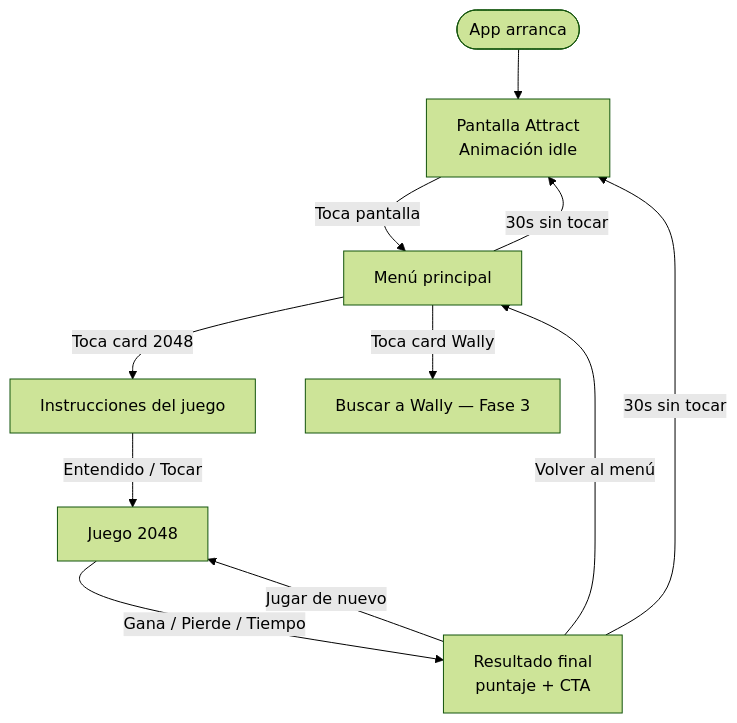
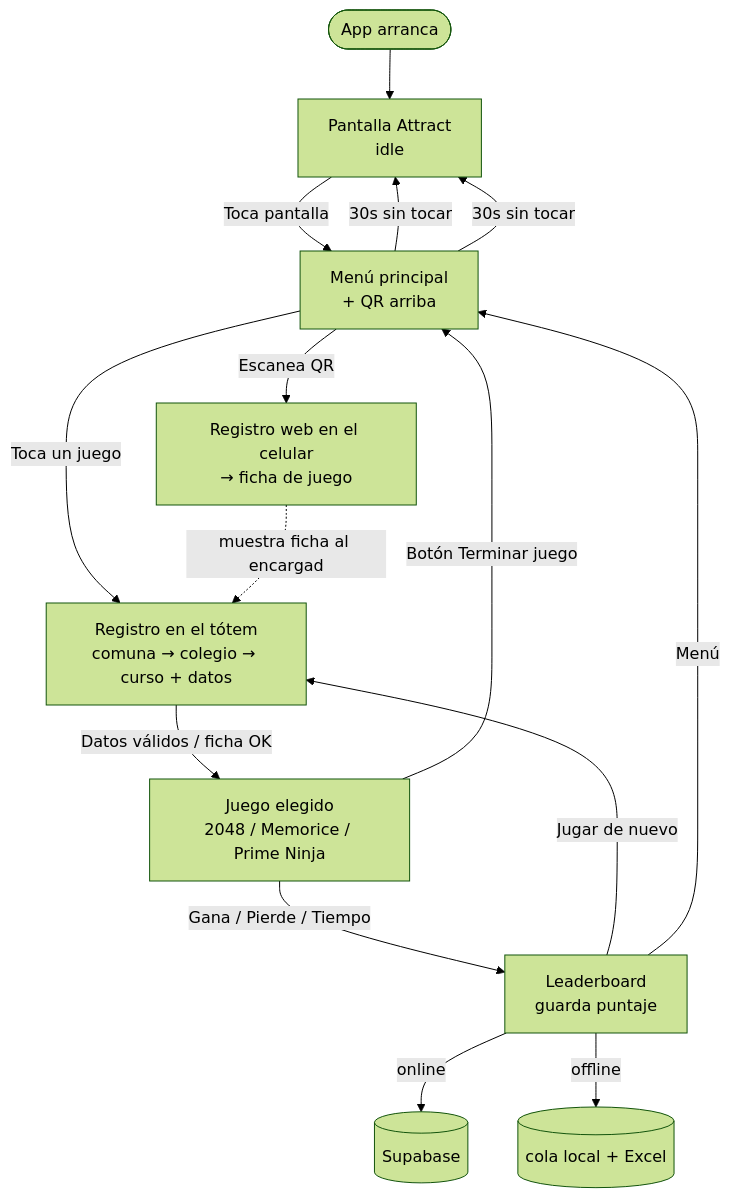
One commit to craulii/totem-usm-admision changed the second of 3 diagrams in GAMEFLOW.md. Above: the diagram before and after it, drawn with Mermaid (forest theme). The commit also changed other lines of this file and 18 other files, not shown here.

First line of the commit message:
docs: realinear documentación a roadmap v2 (Supabase + Capacitor + juegos)

````diff
--- a/GAMEFLOW.md
+++ b/GAMEFLOW.md
@@ -33,17 +34,20 @@
 ```mermaid
 flowchart TD
-    START([App arranca]) --> ATTRACT[Pantalla Attract\nAnimación idle]
-
-    ATTRACT -->|Toca pantalla| MENU[Menú principal]
+    START([App arranca]) --> ATTRACT[Pantalla Attract\nidle]
+    ATTRACT -->|Toca pantalla| MENU[Menú principal\n+ QR arriba]
     MENU -->|30s sin tocar| ATTRACT
 
-    MENU -->|Toca card 2048| INSTR[Instrucciones del juego]
-    MENU -->|Toca card Wally| WALLY[Buscar a Wally — Fase 3]
+    MENU -->|Escanea QR| WEBREG[Registro web en el celular\n→ ficha de juego]
+    MENU -->|Toca un juego| REG[Registro en el tótem\ncomuna → colegio → curso + datos]
+    WEBREG -.muestra ficha al encargado.-> REG
 
-    INSTR -->|Entendido / Tocar| G2048[Juego 2048]
+    REG -->|Datos válidos / ficha OK| GAME[Juego elegido\n2048 / Memorice / Prime Ninja]
+    GAME -->|Botón Terminar juego| MENU
+    GAME -->|Gana / Pierde / Tiempo| LB[Leaderboard\nguarda puntaje]
 
-    G2048 -->|Gana / Pierde / Tiempo| RESULT[Resultado final\npuntaje + CTA]
-    RESULT -->|Jugar de nuevo| G2048
-    RESULT -->|Volver al menú| MENU
-    RESULT -->|30s sin tocar| ATTRACT
+    LB -->|online| SUPA[(Supabase)]
+    LB -->|offline| LOCAL[(cola local + Excel)]
+    LB -->|Jugar de nuevo| REG
+    LB -->|Menú| MENU
+    MENU -->|30s sin tocar| ATTRACT
 ```
````
